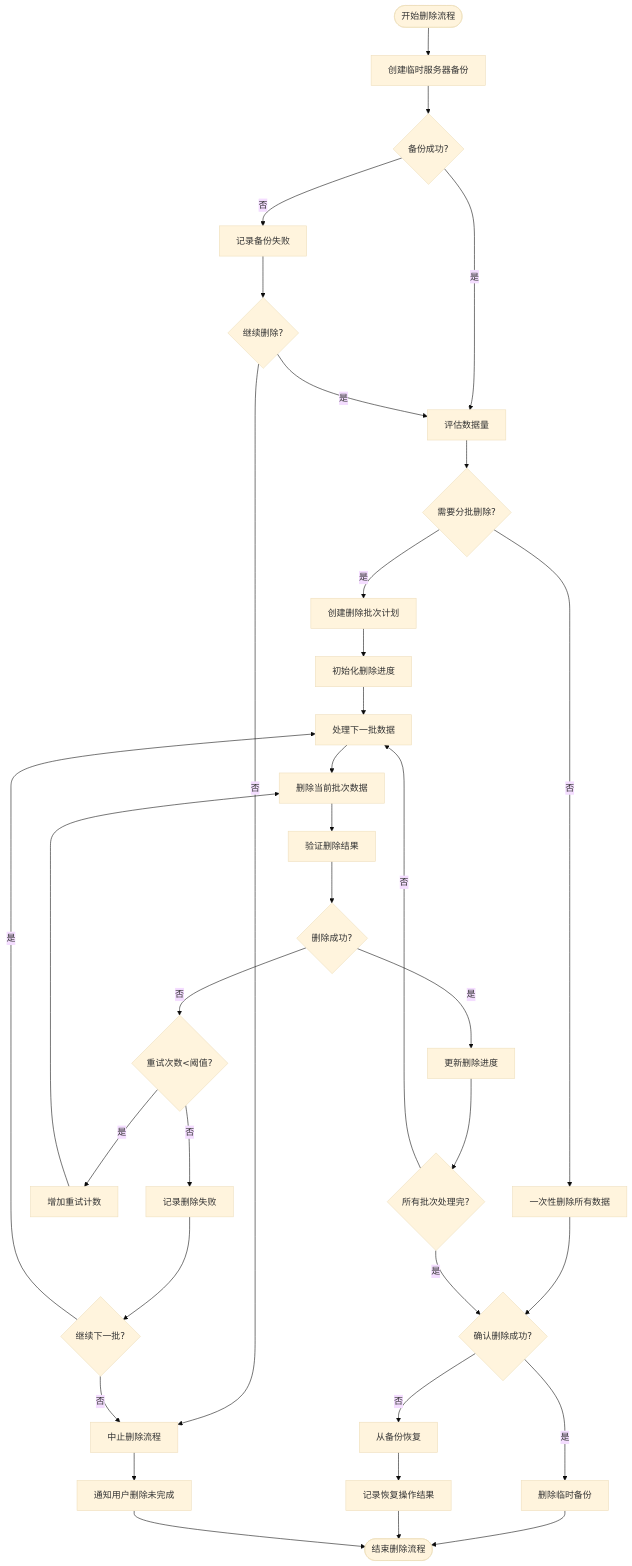
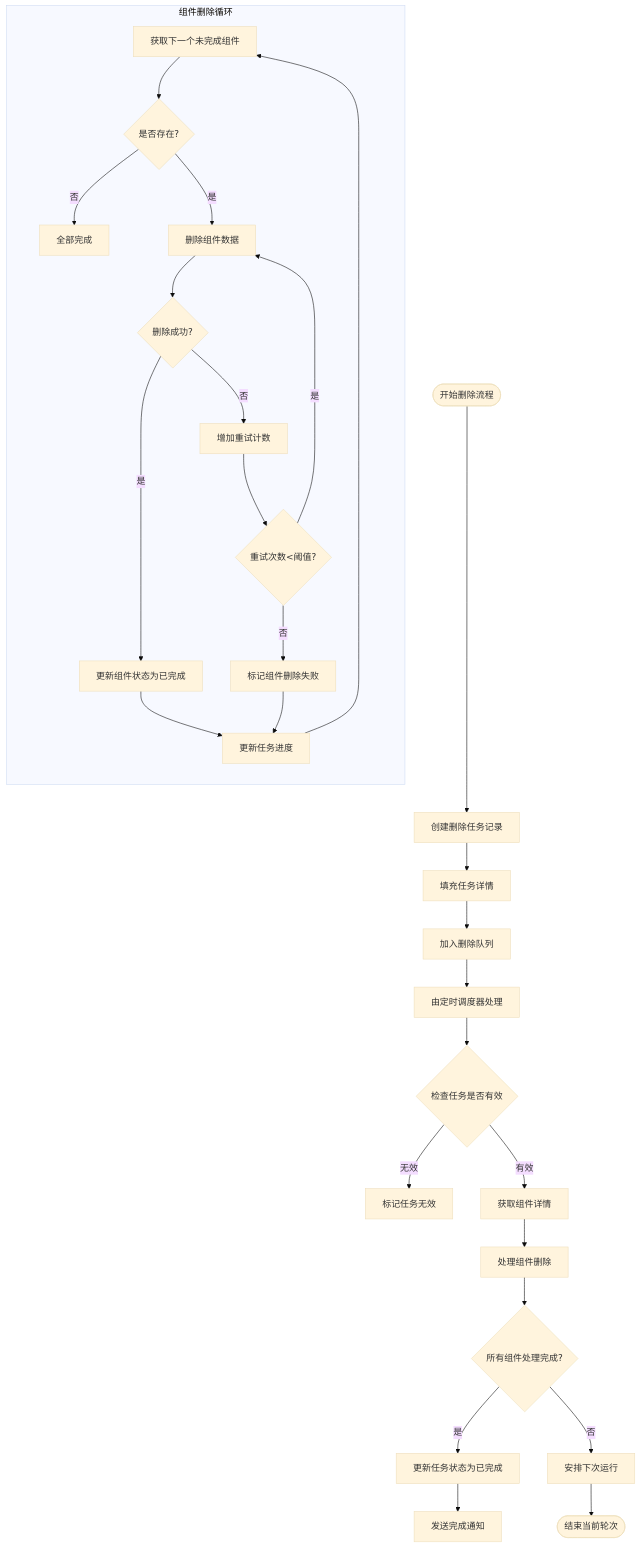
Before and after one commit to yingjianzh/iodraw-files: the diagram in all/未命名-51.md, drawn with Mermaid (base theme).

Commit message:
2025-05-08 13:48:03 update

````diff
--- a/all/未命名-51.md
+++ b/all/未命名-51.md
@@ -1,49 +1,37 @@
 ```mermaid
 flowchart TD
-    Start([开始删除流程]) --> CreateBackup[创建临时服务器备份]
-    CreateBackup --> BackupOK{备份成功?}
-    BackupOK -->|否| LogBackupFail[记录备份失败]
-    BackupOK -->|是| EstimateSize[评估数据量]
+    Start([开始删除流程]) --> CreateDeletionTask[创建删除任务记录]
+    CreateDeletionTask --> PopulateTaskDetails[填充任务详情]
+    PopulateTaskDetails --> QueueForDeletion[加入删除队列]
     
-    LogBackupFail --> Proceed{继续删除?}
-    Proceed -->|否| Abort[中止删除流程]
-    Proceed -->|是| EstimateSize
+    QueueForDeletion --> ProcessByScheduler[由定时调度器处理]
     
-    EstimateSize --> ShouldChunk{需要分批删除?}
-    ShouldChunk -->|否| DeleteAll[一次性删除所有数据]
-    ShouldChunk -->|是| CreateChunks[创建删除批次计划]
+    ProcessByScheduler --> CheckTaskValidity{检查任务是否有效}
+    CheckTaskValidity -->|无效| MarkInvalid[标记任务无效]
+    CheckTaskValidity -->|有效| FetchComponents[获取组件详情]
     
-    CreateChunks --> InitDeleteProgress[初始化删除进度]
-    InitDeleteProgress --> NextChunk[处理下一批数据]
+    FetchComponents --> ProcessComponents[处理组件删除]
     
-    DeleteAll --> ConfirmDelete{确认删除成功?}
-    NextChunk --> DeleteChunk[删除当前批次数据]
-    DeleteChunk --> VerifyDeletion[验证删除结果]
+    subgraph ComponentDeletion [组件删除循环]
+        direction TB
+        PC1[获取下一个未完成组件] --> PC2{是否存在?}
+        PC2 -->|否| AllComplete[全部完成]
+        PC2 -->|是| PC3[删除组件数据]
+        PC3 --> PC4{删除成功?}
+        PC4 -->|是| PC5[更新组件状态为已完成]
+        PC4 -->|否| PC6[增加重试计数]
+        PC6 --> PC7{重试次数<阈值?}
+        PC7 -->|是| PC3
+        PC7 -->|否| PC8[标记组件删除失败]
+        PC5 --> PC9[更新任务进度]
+        PC8 --> PC9
+        PC9 --> PC1
+    end
     
-    VerifyDeletion --> DeleteResult{删除成功?}
-    DeleteResult -->|是| UpdateProgress[更新删除进度]
-    DeleteResult -->|否| RetryDelete{重试次数<阈值?}
+    ProcessComponents --> CheckCompletion{所有组件处理完成?}
+    CheckCompletion -->|是| UpdateTaskStatus[更新任务状态为已完成]
+    CheckCompletion -->|否| ScheduleNextRun[安排下次运行]
     
-    RetryDelete -->|是| IncrementRetry[增加重试计数]
-    RetryDelete -->|否| LogFailure[记录删除失败]
-    
-    IncrementRetry --> DeleteChunk
-    LogFailure --> ContinueNext{继续下一批?}
-    
-    UpdateProgress --> AllChunksProcessed{所有批次处理完?}
-    AllChunksProcessed -->|否| NextChunk
-    AllChunksProcessed -->|是| ConfirmDelete
-    
-    ContinueNext -->|是| NextChunk
-    ContinueNext -->|否| Abort
-    
-    ConfirmDelete -->|是| RemoveBackup[删除临时备份]
-    ConfirmDelete -->|否| RestoreFromBackup[从备份恢复]
-    
-    RemoveBackup --> End([结束删除流程])
-    RestoreFromBackup --> LogRestoreResult[记录恢复操作结果]
-    LogRestoreResult --> End
-    
-    Abort --> NotifyUser[通知用户删除未完成]
-    NotifyUser --> End
+    UpdateTaskStatus --> SendNotification[发送完成通知]
+    ScheduleNextRun --> End([结束当前轮次])
 ```
````
